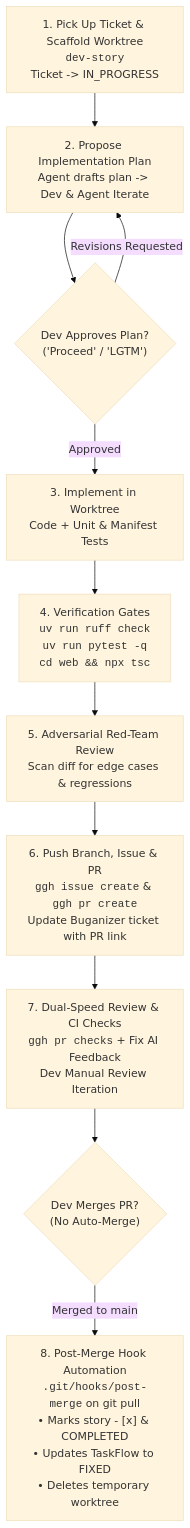
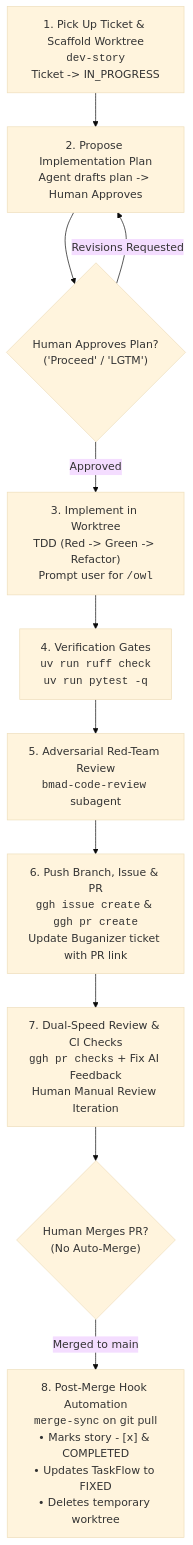
Before and after one commit to messangit24/SAR_Image_Formation_TPUv6e_Benchmark_with_Pallas_Kernel: the diagram in .agents/skills/dev-story/SKILL.md, drawn with Mermaid (base theme). The commit also changed other lines of this file and 2 other files, not shown here.

````diff
--- a/.agents/skills/dev-story/SKILL.md
+++ b/.agents/skills/dev-story/SKILL.md
@@ -14,13 +14,13 @@
 ```mermaid
 graph TD
-    S1["1. Pick Up Ticket & Scaffold Worktree<br/><code>dev-story</code><br/>Ticket -> IN_PROGRESS"] --> S2["2. Propose Implementation Plan<br/>Agent drafts plan -> Dev & Agent Iterate"]
-    S2 --> G1{"Dev Approves Plan?<br/>('Proceed' / 'LGTM')"}
-    G1 -->|Approved| S3["3. Implement in Worktree<br/>Code + Unit & Manifest Tests"]
+    S1["1. Pick Up Ticket & Scaffold Worktree<br/><code>dev-story</code><br/>Ticket -> IN_PROGRESS"] --> S2["2. Propose Implementation Plan<br/>Agent drafts plan -> Human Approves"]
+    S2 --> G1{"Human Approves Plan?<br/>('Proceed' / 'LGTM')"}
+    G1 -->|Approved| S3["3. Implement in Worktree<br/>TDD (Red -> Green -> Refactor)<br/>Prompt user for <code>/owl</code>"]
     G1 -->|Revisions Requested| S2
-    S3 --> G2["4. Verification Gates<br/><code>uv run ruff check</code><br/><code>uv run pytest -q</code><br/><code>cd web && npx tsc</code>"]
-    G2 --> S4["5. Adversarial Red-Team Review<br/>Scan diff for edge cases & regressions"]
+    S3 --> G2["4. Verification Gates<br/><code>uv run ruff check</code><br/><code>uv run pytest -q</code>"]
+    G2 --> S4["5. Adversarial Red-Team Review<br/><code>bmad-code-review</code> subagent"]
     S4 --> S5["6. Push Branch, Issue & PR<br/><code>ggh issue create</code> & <code>ggh pr create</code><br/>Update Buganizer ticket with PR link"]
-    S5 --> S6["7. Dual-Speed Review & CI Checks<br/><code>ggh pr checks</code> + Fix AI Feedback<br/>Dev Manual Review Iteration"]
-    S6 --> G3{"Dev Merges PR?<br/>(No Auto-Merge)"}
-    G3 -->|Merged to main| H1["8. Post-Merge Hook Automation<br/><code>.git/hooks/post-merge</code> on git pull<br/>• Marks story - [x] & COMPLETED<br/>• Updates TaskFlow to FIXED<br/>• Deletes temporary worktree"]
+    S5 --> S6["7. Dual-Speed Review & CI Checks<br/><code>ggh pr checks</code> + Fix AI Feedback<br/>Human Manual Review Iteration"]
+    S6 --> G3{"Human Merges PR?<br/>(No Auto-Merge)"}
+    G3 -->|Merged to main| H1["8. Post-Merge Hook Automation<br/><code>merge-sync</code> on git pull<br/>• Marks story - [x] & COMPLETED<br/>• Updates TaskFlow to FIXED<br/>• Deletes temporary worktree"]
 ```
````
